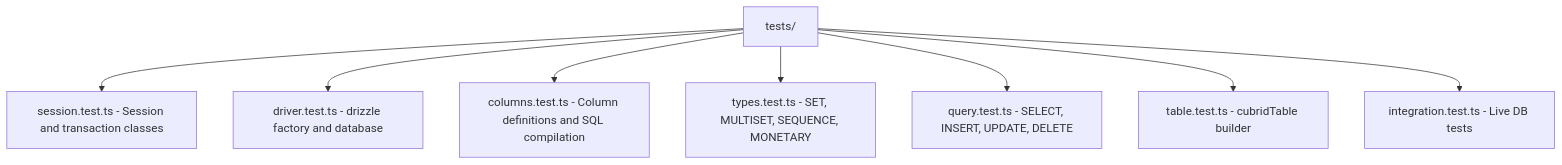
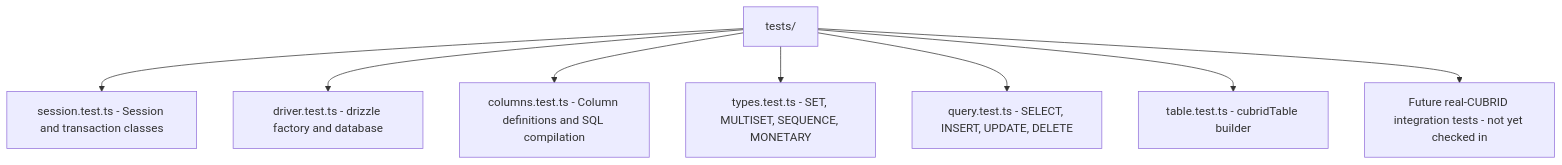
Before and after one commit to cubrid-lab/drizzle-cubrid: the third of 3 diagrams in AGENTS.md, drawn with Mermaid. The commit also changed other lines of this file and 14 other files, not shown here.

````diff
--- a/AGENTS.md
+++ b/AGENTS.md
@@ -173,10 +190,10 @@
 ```mermaid
 flowchart TD
     A[tests/] --> B[session.test.ts - Session and transaction classes]
     A --> C[driver.test.ts - drizzle factory and database]
     A --> D[columns.test.ts - Column definitions and SQL compilation]
     A --> E[types.test.ts - SET, MULTISET, SEQUENCE, MONETARY]
     A --> F[query.test.ts - SELECT, INSERT, UPDATE, DELETE]
     A --> G[table.test.ts - cubridTable builder]
-    A --> H[integration.test.ts - Live DB tests]
+    A --> H[Future real-CUBRID integration tests - not yet checked in]
 ```
````
